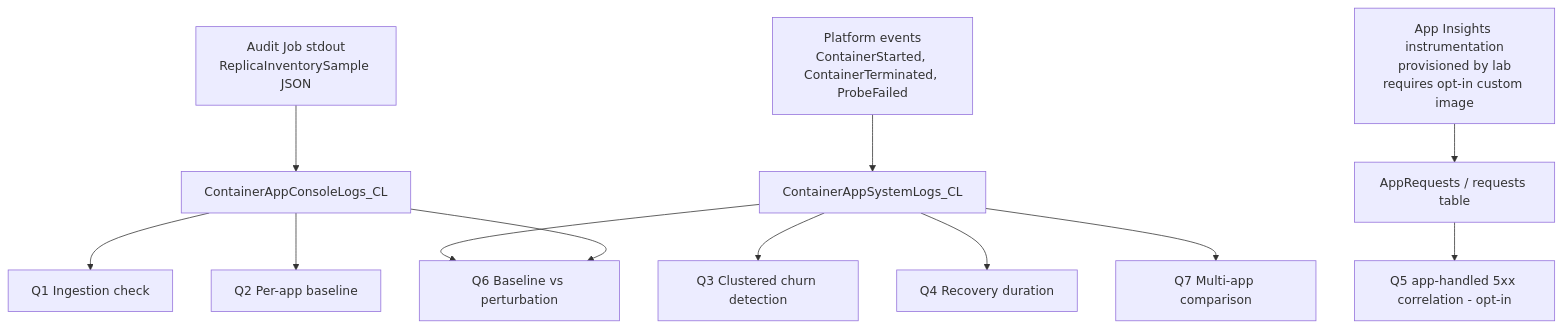
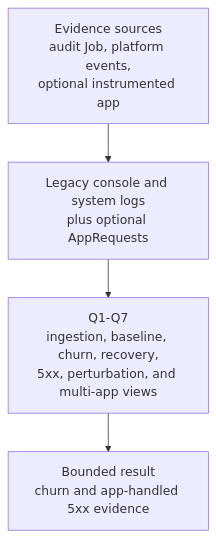
The diagram in docs/troubleshooting/kql/scaling-and-replicas/zone-redundancy-mass-reschedule.md (yeongseon/azure-container-apps-practical-guide), drawn with Mermaid before and after one commit. The commit also changed other lines of this file and 22 other files, not shown here.

First line of the commit message:
docs(diagrams): migrate KQL diagnostic flows (#622)

````diff
--- a/docs/troubleshooting/kql/scaling-and-replicas/zone-redundancy-mass-reschedule.md
+++ b/docs/troubleshooting/kql/scaling-and-replicas/zone-redundancy-mass-reschedule.md
@@ -44,14 +44,9 @@
 ```mermaid
 flowchart TD
-    A[Audit Job stdout<br/>ReplicaInventorySample JSON] --> B[ContainerAppConsoleLogs_CL]
-    C[Platform events<br/>ContainerStarted, ContainerTerminated, ProbeFailed] --> D[ContainerAppSystemLogs_CL]
-    B --> E[Q1 Ingestion check]
-    B --> F[Q2 Per-app baseline]
-    D --> G[Q3 Clustered churn detection]
-    D --> H[Q4 Recovery duration]
-    P[App Insights instrumentation<br/>provisioned by lab<br/>requires opt-in custom image] --> Q[AppRequests / requests table]
-    Q --> I[Q5 app-handled 5xx correlation - opt-in]
-    D --> J[Q6 Baseline vs perturbation]
-    D --> K[Q7 Multi-app comparison]
-    B --> J
+    accTitle: Build the zone-redundancy churn evidence set
+    accDescr: Audit Job observations enter legacy console logs, platform lifecycle events enter legacy system logs, and an optional instrumented application writes request telemetry to Application Insights. Seven queries test ingestion, baselines, clustered churn, recovery, app-handled 5xx correlation, perturbation differences, and multi-app patterns.
+
+    SOURCES[Evidence sources<br/>audit Job, platform events,<br/>optional instrumented app] --> STORES[Legacy console and system logs<br/>plus optional AppRequests]
+    STORES --> PIPELINES[Q1-Q7<br/>ingestion, baseline, churn, recovery,<br/>5xx, perturbation, and multi-app views]
+    PIPELINES --> BOUNDS[Bounded result<br/>churn and app-handled 5xx evidence]
 ```
````
